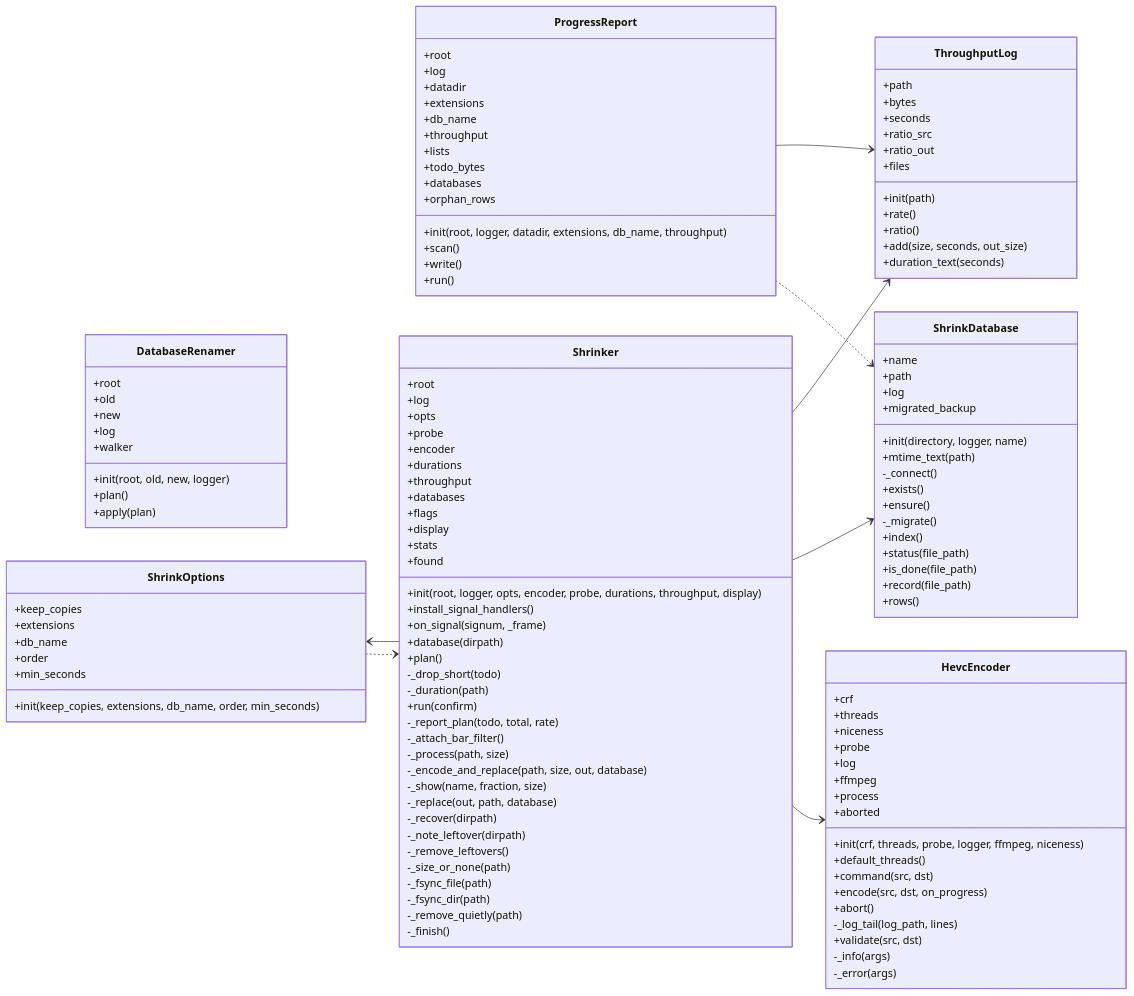
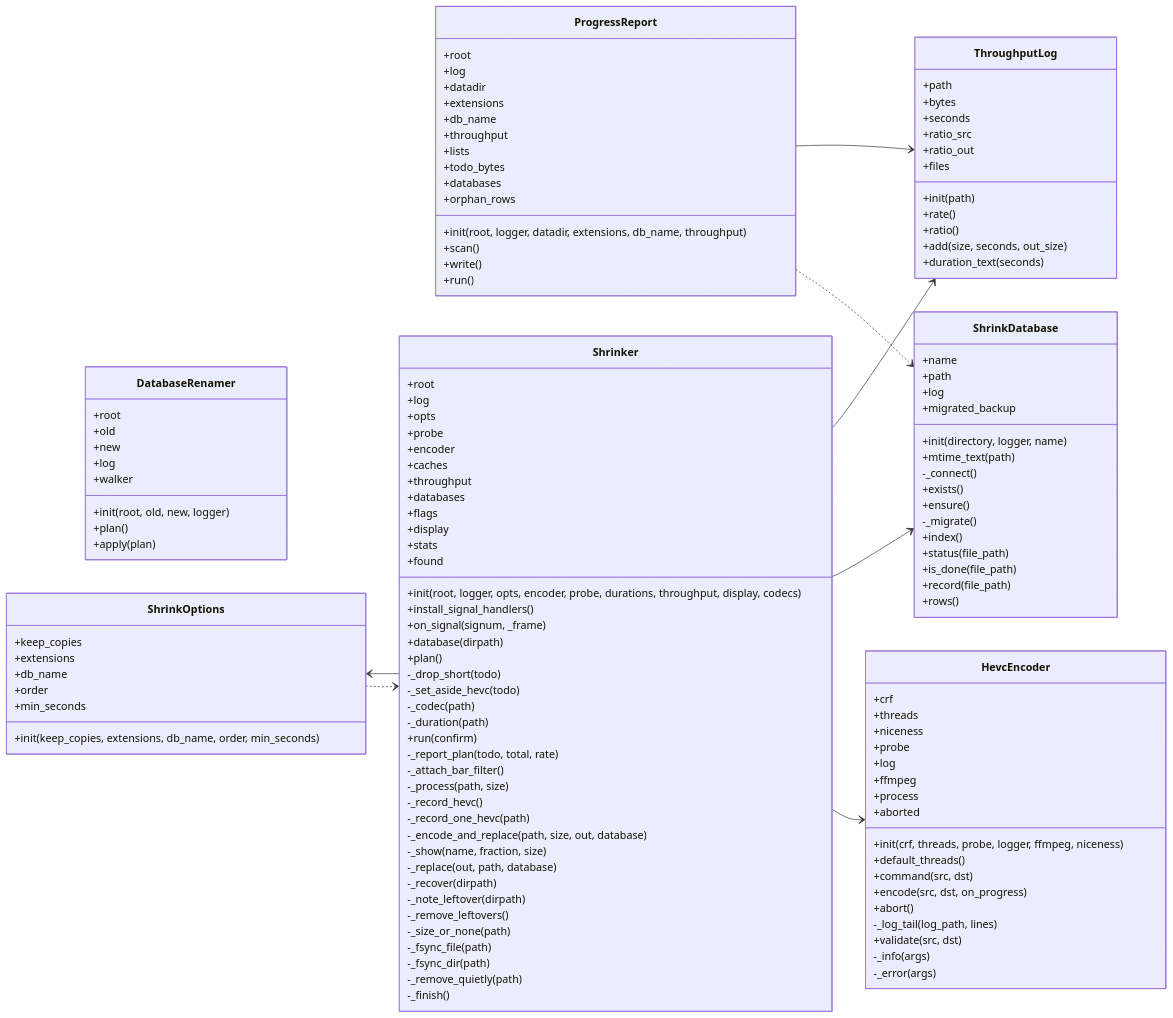
The diagram in docs/img/uml_shrink.mmd (peddanet/mediatools), drawn with Mermaid before and after one commit. The commit also changed 15 other files, not shown here.

```diff
--- a/docs/img/uml_shrink.mmd
+++ b/docs/img/uml_shrink.mmd
@@ -1,128 +1,132 @@
 classDiagram
   direction LR
   class ShrinkDatabase {
     +name
     +path
     +log
     +migrated_backup
     +init(directory, logger, name)
     +mtime_text(path)
     -_connect()
     +exists()
     +ensure()
     -_migrate()
     +index()
     +status(file_path)
     +is_done(file_path)
     +record(file_path)
     +rows()
   }
   class DatabaseRenamer {
     +root
     +old
     +new
     +log
     +walker
     +init(root, old, new, logger)
     +plan()
     +apply(plan)
   }
   class HevcEncoder {
     +crf
     +threads
     +niceness
     +probe
     +log
     +ffmpeg
     +process
     +aborted
     +init(crf, threads, probe, logger, ffmpeg, niceness)
     +default_threads()
     +command(src, dst)
     +encode(src, dst, on_progress)
     +abort()
     -_log_tail(log_path, lines)
     +validate(src, dst)
     -_info(args)
     -_error(args)
   }
   class ShrinkOptions {
     +keep_copies
     +extensions
     +db_name
     +order
     +min_seconds
     +init(keep_copies, extensions, db_name, order, min_seconds)
   }
   class ProgressReport {
     +root
     +log
     +datadir
     +extensions
     +db_name
     +throughput
     +lists
     +todo_bytes
     +databases
     +orphan_rows
     +init(root, logger, datadir, extensions, db_name, throughput)
     +scan()
     +write()
     +run()
   }
   class Shrinker {
     +root
     +log
     +opts
     +probe
     +encoder
-    +durations
+    +caches
     +throughput
     +databases
     +flags
     +display
     +stats
     +found
-    +init(root, logger, opts, encoder, probe, durations, throughput, display)
+    +init(root, logger, opts, encoder, probe, durations, throughput, display, codecs)
     +install_signal_handlers()
     +on_signal(signum, _frame)
     +database(dirpath)
     +plan()
     -_drop_short(todo)
+    -_set_aside_hevc(todo)
+    -_codec(path)
     -_duration(path)
     +run(confirm)
     -_report_plan(todo, total, rate)
     -_attach_bar_filter()
     -_process(path, size)
+    -_record_hevc()
+    -_record_one_hevc(path)
     -_encode_and_replace(path, size, out, database)
     -_show(name, fraction, size)
     -_replace(out, path, database)
     -_recover(dirpath)
     -_note_leftover(dirpath)
     -_remove_leftovers()
     -_size_or_none(path)
     -_fsync_file(path)
     -_fsync_dir(path)
     -_remove_quietly(path)
     -_finish()
   }
   class ThroughputLog {
     +path
     +bytes
     +seconds
     +ratio_src
     +ratio_out
     +files
     +init(path)
     +rate()
     +ratio()
     +add(size, seconds, out_size)
     +duration_text(seconds)
   }
   ShrinkOptions ..> Shrinker
   ProgressReport ..> ShrinkDatabase
   ProgressReport --> ThroughputLog
   Shrinker --> HevcEncoder
   Shrinker --> ShrinkDatabase
   Shrinker --> ShrinkOptions
   Shrinker --> ThroughputLog
```
